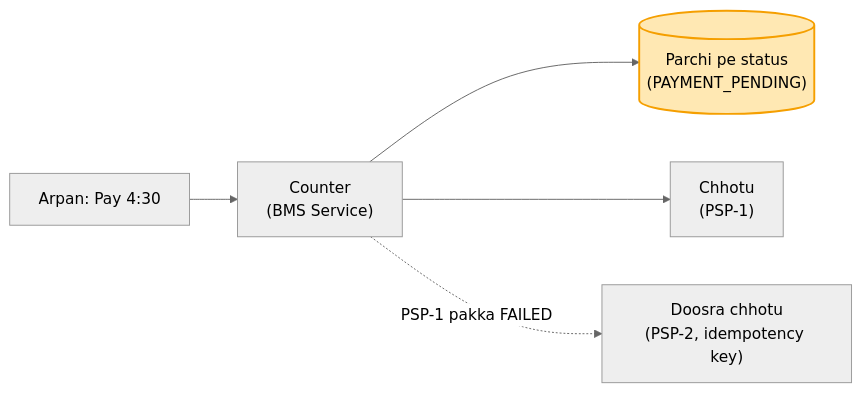
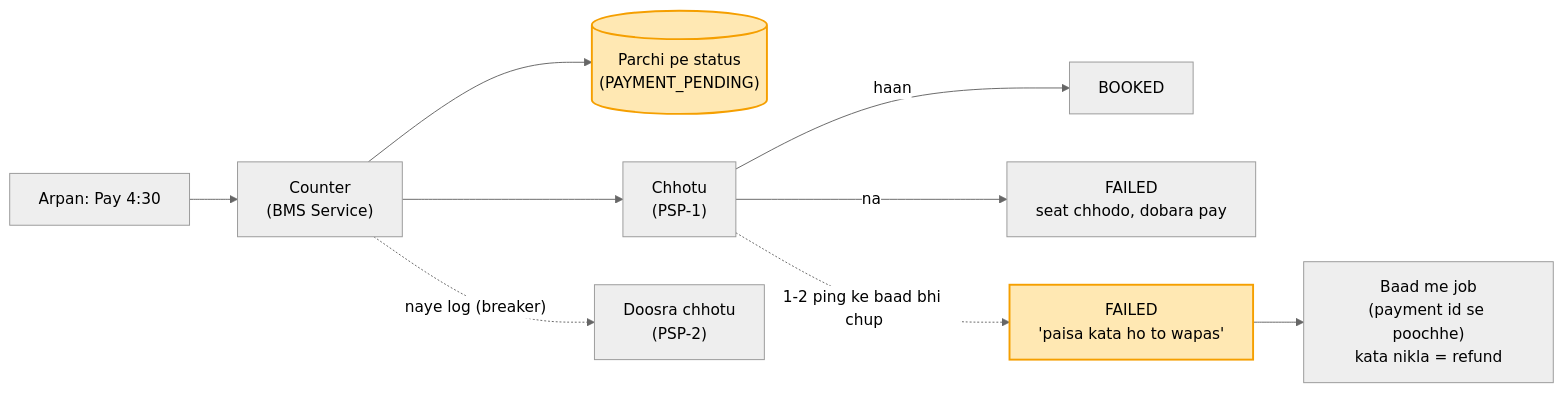
Before and after one commit to ArpanMaheshwari144/Prep: the sixth of 6 diagrams in 04_HLD/SYSTEM_DESIGNS/09_bookmyshow/09_bookmyshow.md, drawn with Mermaid (neutral theme). The commit also changed other lines of this file and 2 other files, not shown here.

Commit message:
BMS: PSP chup -> FAILED + seat chhodo + 'paisa kata ho to wapas' (refund job), naye log PSP-2 (breaker); purana 'book dikha do' hata, diagram me PSP ke teen jawab

````diff
--- a/04_HLD/SYSTEM_DESIGNS/09_bookmyshow/09_bookmyshow.md
+++ b/04_HLD/SYSTEM_DESIGNS/09_bookmyshow/09_bookmyshow.md
@@ -149,8 +152,13 @@
 ```mermaid
 flowchart LR
     A["Arpan: Pay 4:30"] --> S["Counter<br/>(BMS Service)"]
     S --> D[("Parchi pe status<br/>(PAYMENT_PENDING)")]
     S --> P1["Chhotu<br/>(PSP-1)"]
-    S -. "PSP-1 pakka FAILED" .-> P2["Doosra chhotu<br/>(PSP-2, idempotency key)"]
+    P1 -- "haan" --> B["BOOKED"]
+    P1 -- "na" --> F["FAILED<br/>seat chhodo, dobara pay"]
+    P1 -. "1-2 ping ke baad bhi chup" .-> F2["FAILED<br/>'paisa kata ho to wapas'"]
+    F2 --> R["Baad me job<br/>(payment id se poochhe)<br/>kata nikla = refund"]
+    S -. "naye log (breaker)" .-> P2["Doosra chhotu<br/>(PSP-2)"]
     style D fill:#ffe8b3,stroke:#f59f00,stroke-width:2px,color:#000
+    style F2 fill:#ffe8b3,stroke:#f59f00,stroke-width:2px,color:#000
 ```
````
